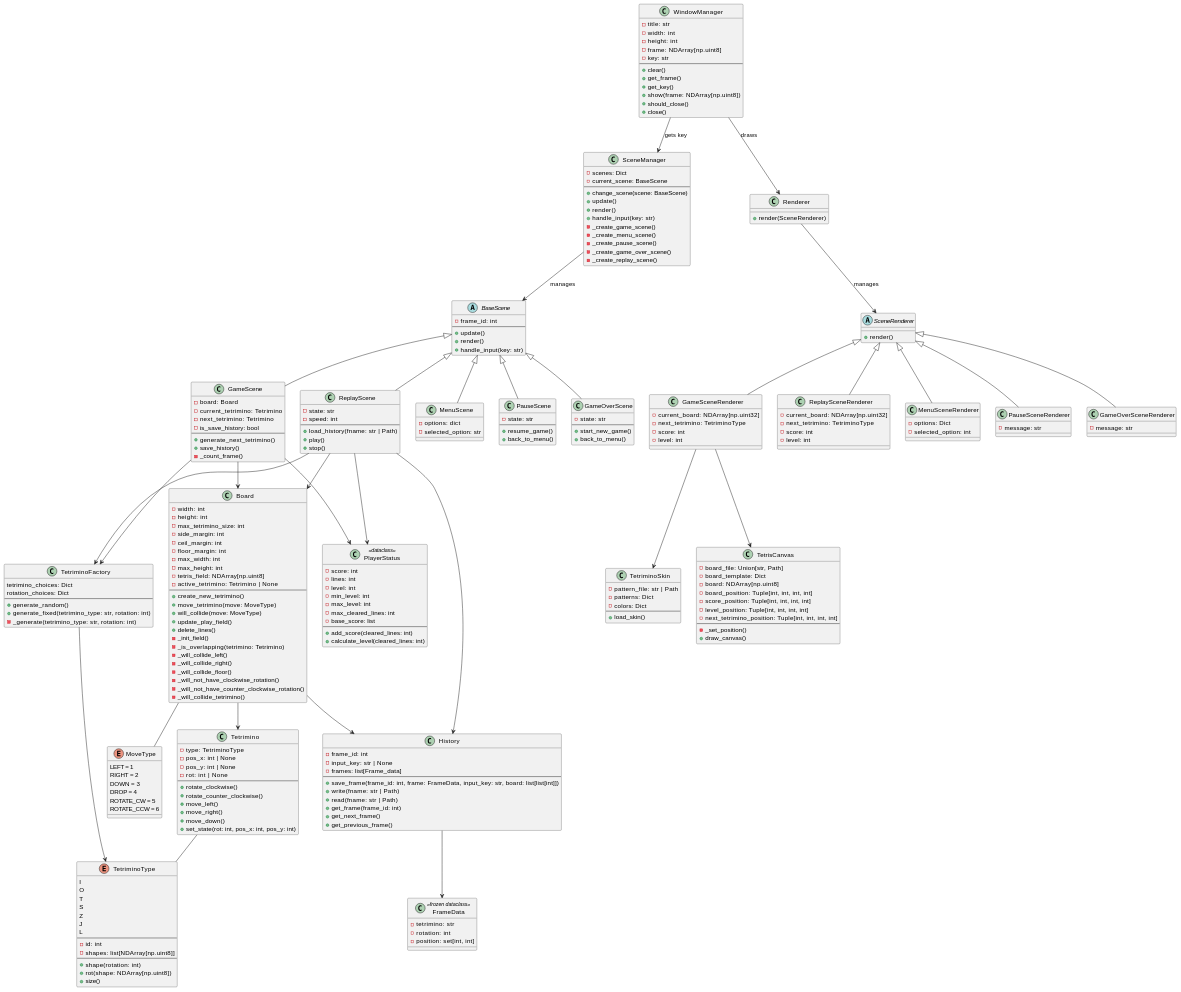
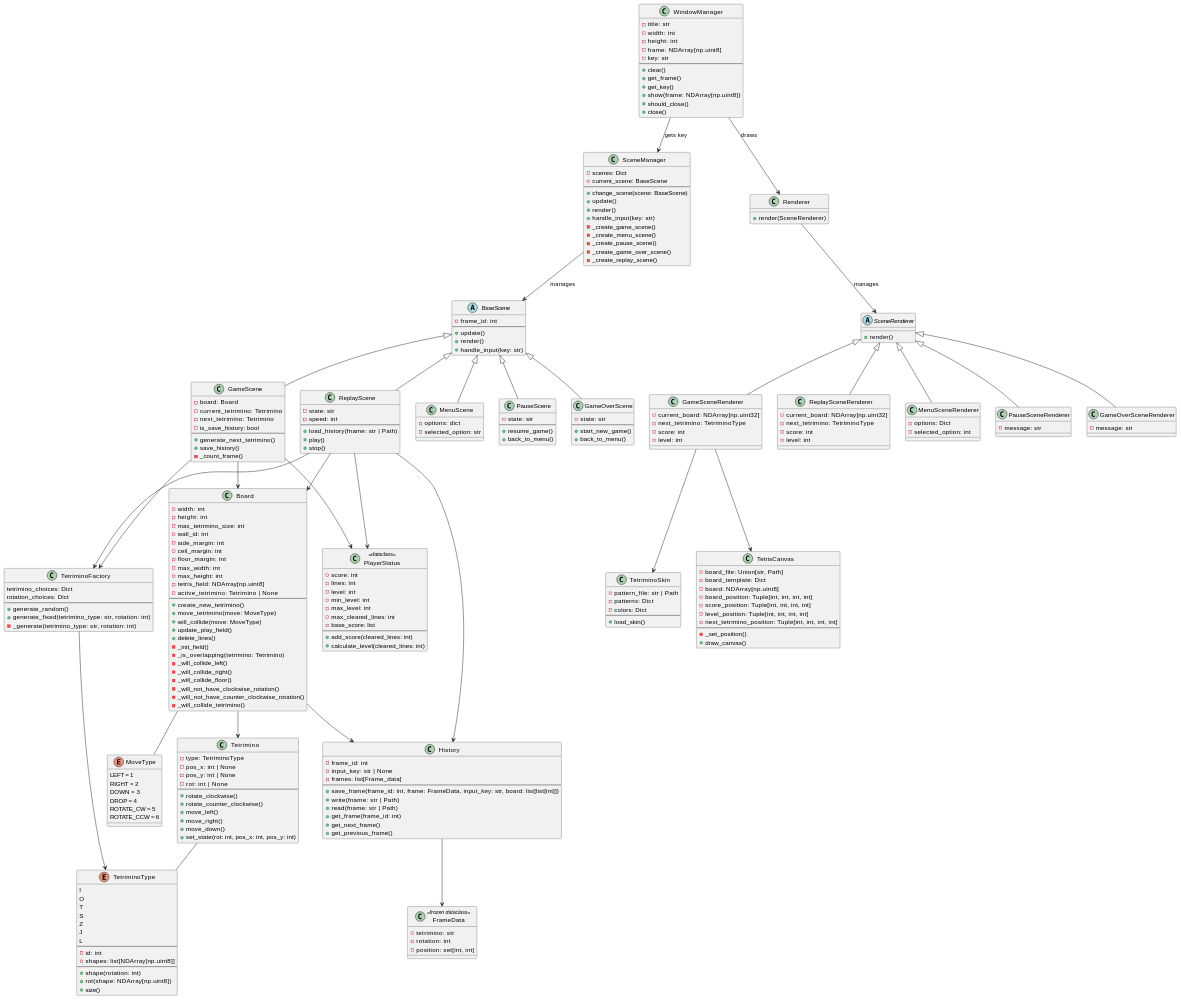
Before and after one commit to tsuzuki-nekozuki/python-tetris: the diagram in README.md, drawn with PlantUML. The commit also changed 1 other file, not shown here.

```diff
--- a/README.md
+++ b/README.md
@@ -209,6 +209,7 @@
     - width: int
     - height: int
     - max_tetrimino_size: int
+    - wall_id: int
     - side_margin: int
     - ceil_margin: int
     - floor_margin: int
```
